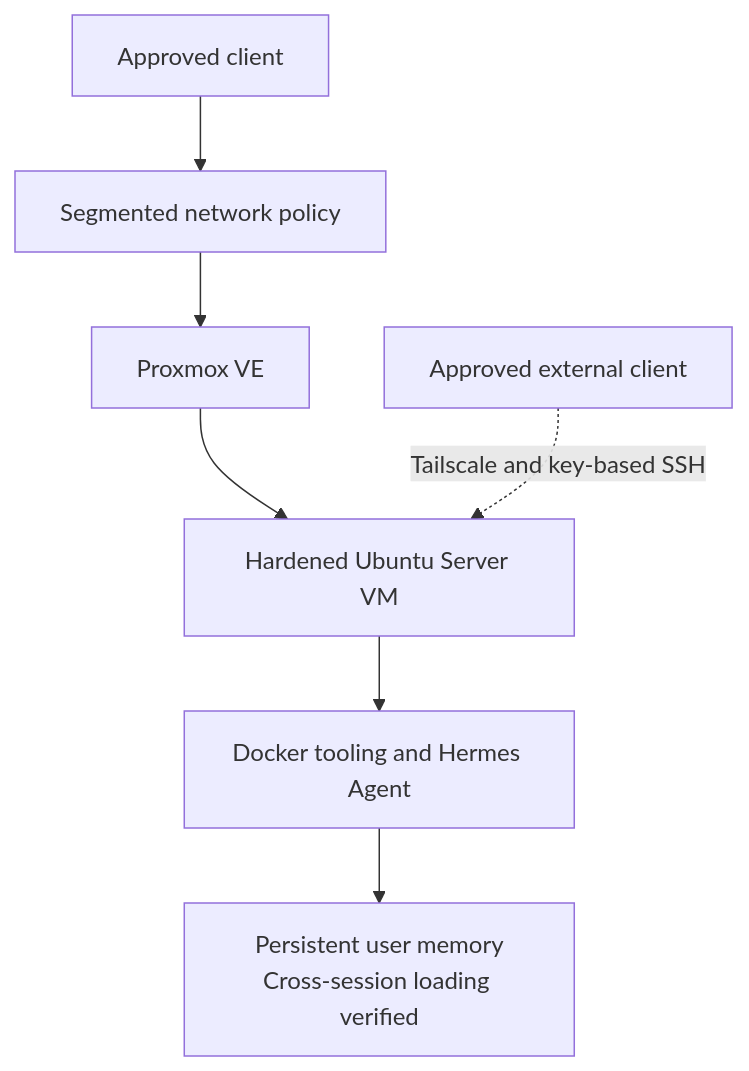
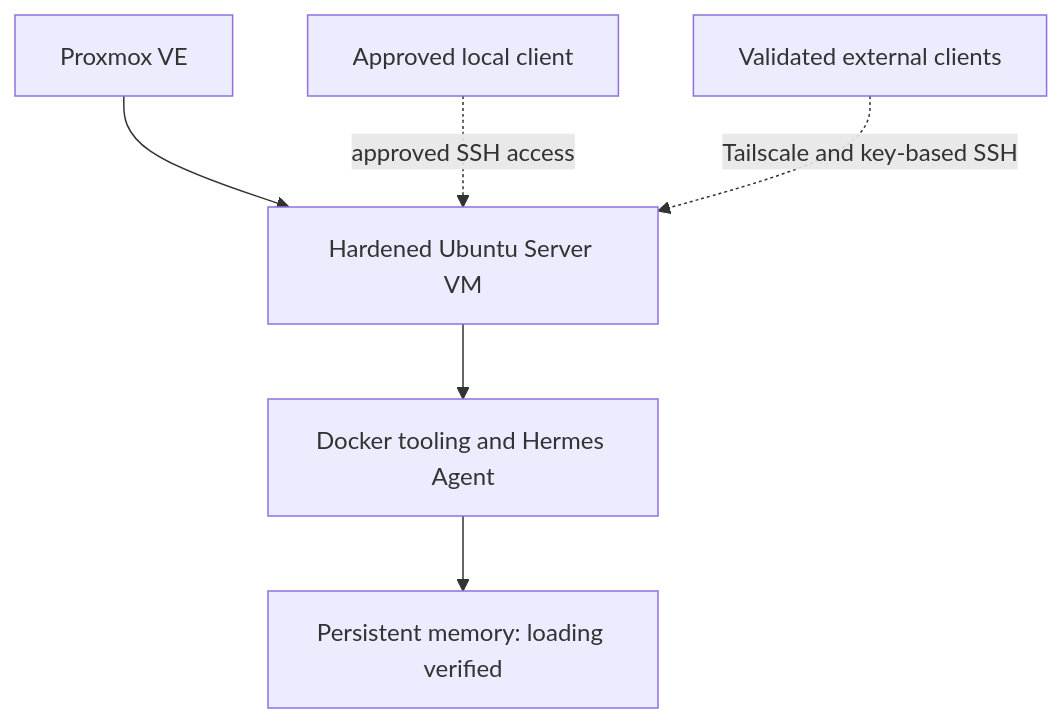
Before and after one commit to DeadPol8789/homelab: the diagram in docs/hermes-agent-deployment.md, drawn with Mermaid. The commit also changed other lines of this file and 13 other files, not shown here.

````diff
--- a/docs/hermes-agent-deployment.md
+++ b/docs/hermes-agent-deployment.md
@@ -40,9 +44,8 @@
 ```mermaid
 flowchart TD
-    CLIENT["Approved client"] --> FW["Segmented network policy"]
-    FW --> PVE["Proxmox VE"]
-    PVE --> VM["Hardened Ubuntu Server VM"]
+    PVE["Proxmox VE"] --> VM["Hardened Ubuntu Server VM"]
+    CLIENT["Approved local client"] -. "approved SSH access" .-> VM
+    REMOTE["Validated external clients"] -. "Tailscale and key-based SSH" .-> VM
     VM --> PLATFORM["Docker tooling and Hermes Agent"]
-    PLATFORM --> MEMORY["Persistent user memory<br/>Cross-session loading verified"]
-    REMOTE["Approved external client"] -. "Tailscale and key-based SSH" .-> VM
+    PLATFORM --> MEMORY["Persistent memory: loading verified"]
 ```
````
